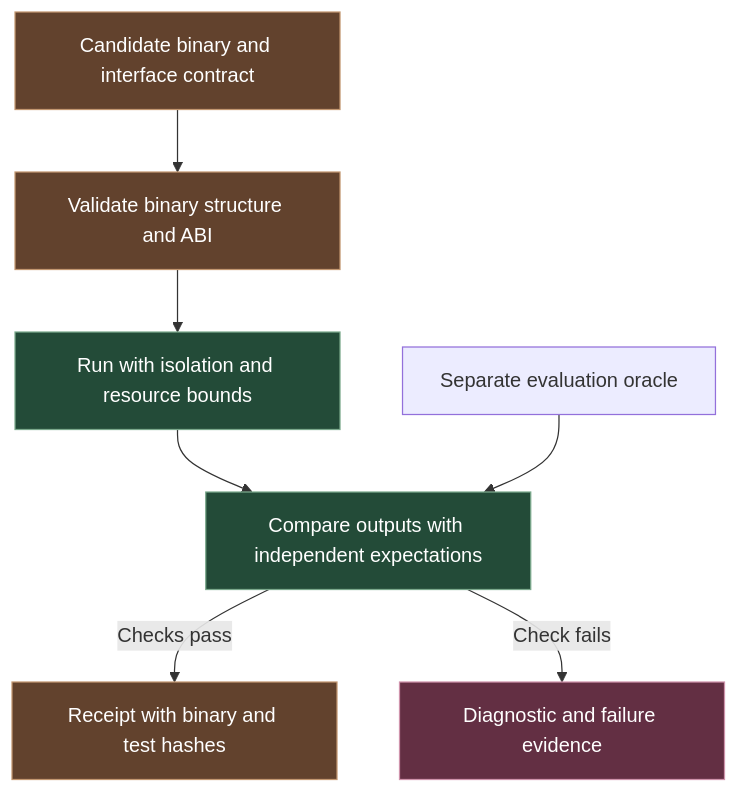
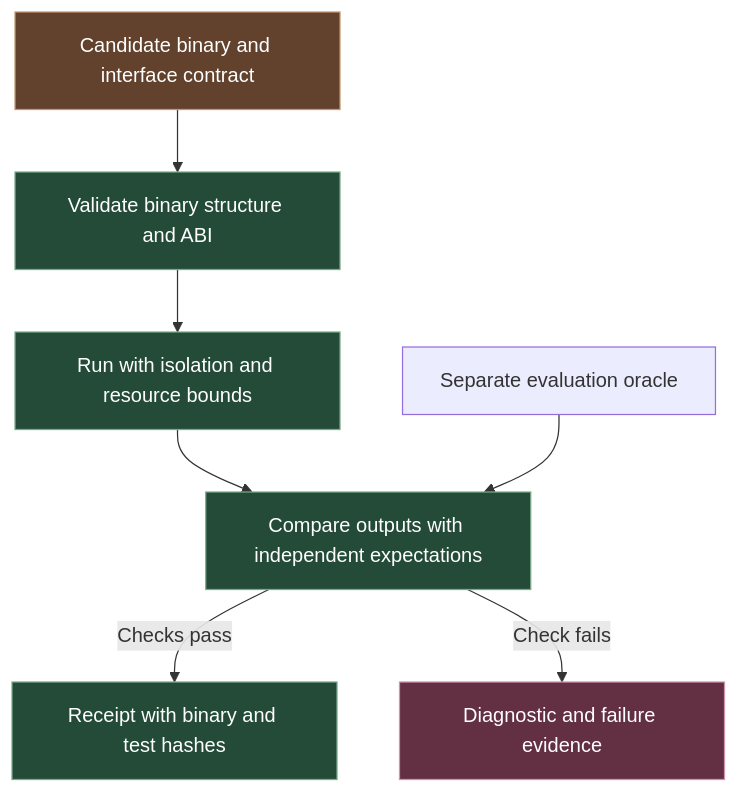
Before and after one commit to Kian-hdr/lore-demo: the fifth of 6 diagrams in docs/Subsystems.md, drawn with Mermaid. The commit also changed other lines of this file and 5 other files, not shown here.

Commit message:
Make diagram colors follow subsystem responsibilities

````diff
--- a/docs/Subsystems.md
+++ b/docs/Subsystems.md
@@ -84,15 +86,15 @@
 ```mermaid
 flowchart TD
     A["Candidate binary and interface contract"] --> B["Validate binary structure and ABI"]
     B --> C["Run with isolation and resource bounds"]
     C --> D["Compare outputs with independent expectations"]
     D -->|Checks pass| E["Receipt with binary and test hashes"]
     D -->|Check fails| F["Diagnostic and failure evidence"]
     G["Separate evaluation oracle"] --> D
     classDef exec fill:#62422d,stroke:#c39770,color:#ffffff;
-    class A,B,E exec;
+    class A exec;
     classDef check fill:#234b38,stroke:#7ba98c,color:#ffffff;
-    class C,D check;
+    class B,E,C,D check;
     classDef change fill:#632f43,stroke:#cf93ab,color:#ffffff;
     class F change;
 ```
````
